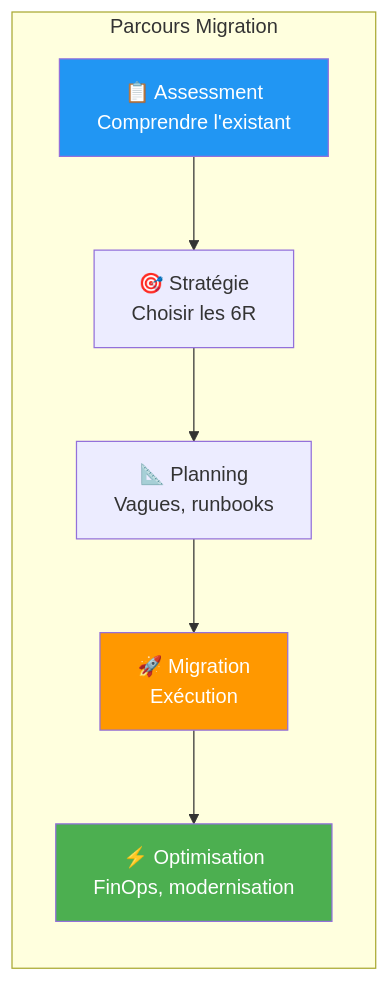
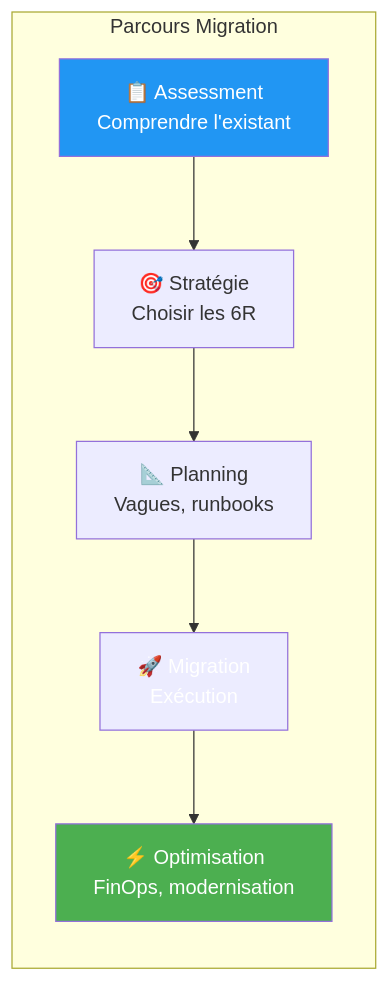
Before and after one commit to VBlackJack/ShellBook: diagram 15 of 15 in docs/formations/cloud-fundamentals/11-module.md, drawn with Mermaid. The commit also changed other lines of this file and 337 other files, not shown here.

First line of the commit message:
refactor(docs): Standardize code blocks and Mermaid colors

````diff
--- a/docs/formations/cloud-fundamentals/11-module.md
+++ b/docs/formations/cloud-fundamentals/11-module.md
@@ -622,16 +622,16 @@
 ```mermaid
 graph LR
     subgraph "Parcours Migration"
         ASSESS["📋 Assessment<br/>Comprendre l'existant"]
         STRAT["🎯 Stratégie<br/>Choisir les 6R"]
         PLAN["📐 Planning<br/>Vagues, runbooks"]
         MIGRATE["🚀 Migration<br/>Exécution"]
         OPTIMIZE["⚡ Optimisation<br/>FinOps, modernisation"]
     end
 
     ASSESS --> STRAT --> PLAN --> MIGRATE --> OPTIMIZE
 
     style ASSESS fill:#2196f3,color:#fff
-    style MIGRATE fill:#ff9800,color:#fff
+    style MIGRATE fill:#FF9800800800,color:#fff
     style OPTIMIZE fill:#4caf50,color:#fff
 ```
````
